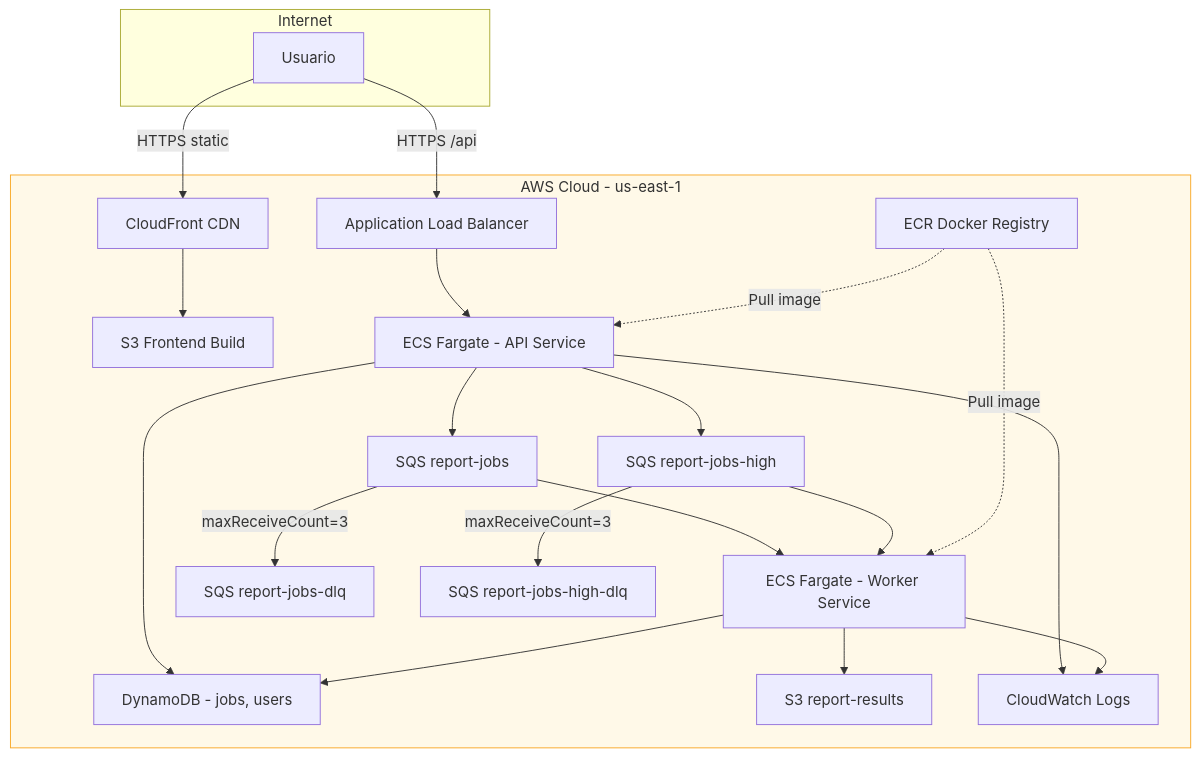
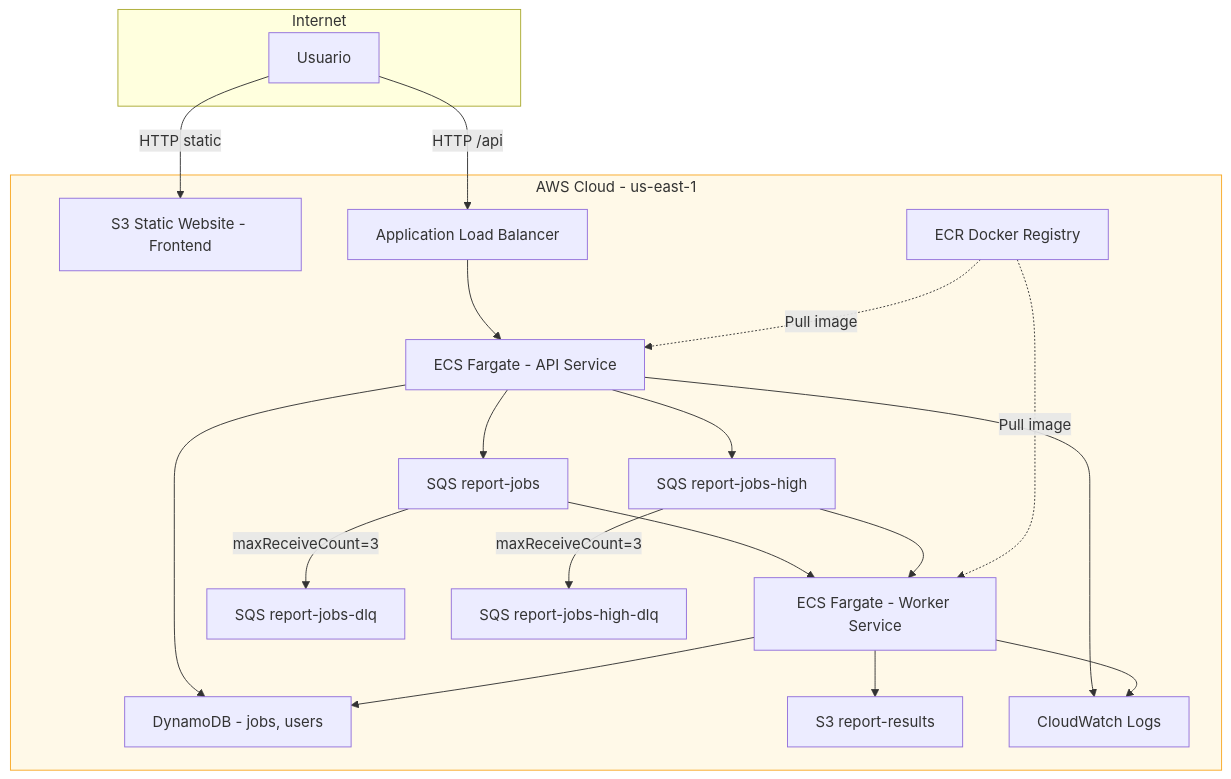
One commit to Joangeldelarosa/joangel-prosperas-challenge changed the second of 11 diagrams in TECHNICAL_DOCS.md. Above: the diagram before and after it, drawn with Mermaid. The commit also changed other lines of this file, not shown here.

````diff
--- a/TECHNICAL_DOCS.md
+++ b/TECHNICAL_DOCS.md
@@ -112,42 +112,40 @@
 ```mermaid
 graph TB
     subgraph Internet
         User["Usuario"]
     end
 
     subgraph AWS_Cloud["AWS Cloud - us-east-1"]
-        CF["CloudFront CDN"]
-        S3_FE["S3 Frontend Build"]
+        S3_FE["S3 Static Website - Frontend"]
         ALB["Application Load Balancer"]
         API_Task["ECS Fargate - API Service"]
         Worker_Task["ECS Fargate - Worker Service"]
         SQS_P["SQS report-jobs"]
         SQS_DLQ["SQS report-jobs-dlq"]
         SQS_H["SQS report-jobs-high"]
         SQS_HDLQ["SQS report-jobs-high-dlq"]
         DDB["DynamoDB - jobs, users"]
         S3_R["S3 report-results"]
         ECR["ECR Docker Registry"]
         CW["CloudWatch Logs"]
     end
 
-    User -->|"HTTPS static"| CF
-    User -->|"HTTPS /api"| ALB
-    CF --> S3_FE
+    User -->|"HTTP static"| S3_FE
+    User -->|"HTTP /api"| ALB
     ALB --> API_Task
     API_Task --> SQS_P
     API_Task --> DDB
     SQS_P --> Worker_Task
     SQS_P -->|"maxReceiveCount=3"| SQS_DLQ
     API_Task --> SQS_H
     SQS_H --> Worker_Task
     SQS_H -->|"maxReceiveCount=3"| SQS_HDLQ
     Worker_Task --> DDB
     Worker_Task --> S3_R
     ECR -.->|"Pull image"| API_Task
     ECR -.->|"Pull image"| Worker_Task
     API_Task --> CW
     Worker_Task --> CW
 
     style AWS_Cloud fill:#fff9e8,stroke:#f9a825
 ```
````
